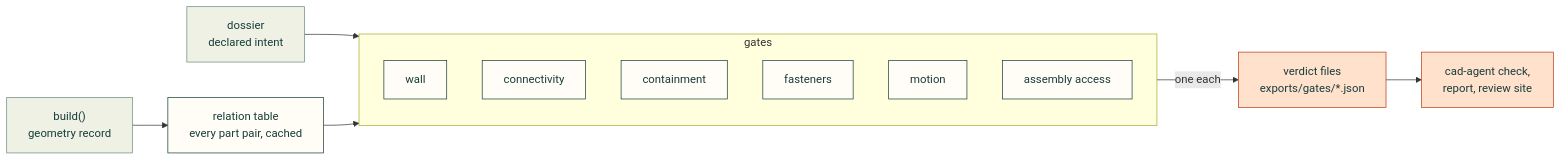
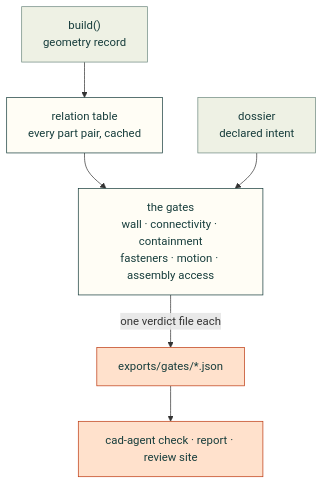
The diagram in docs/gates.md (Valpatel/cad-agent), drawn with Mermaid before and after one commit. The commit also changed 14 other files, not shown here.

First line of the commit message:
Docs diagrams: top-down so they fit the article column; chart shows the error's size from zero

````diff
--- a/docs/gates.md
+++ b/docs/gates.md
@@ -12,22 +12,14 @@
 ```mermaid
-flowchart LR
+flowchart TD
     B["build()<br/>geometry record"] --> T["relation table<br/>every part pair, cached"]
+    T --> G["the gates<br/>wall · connectivity · containment<br/>fasteners · motion · assembly access"]
     D["dossier<br/>declared intent"] --> G
-    T --> G
-    subgraph G["gates"]
-        W["wall"]
-        C["connectivity"]
-        K["containment"]
-        F["fasteners"]
-        M["motion"]
-        A["assembly access"]
-    end
-    G -->|"one each"| V["verdict files<br/>exports/gates/*.json"]
-    V --> S["cad-agent check,<br/>report, review site"]
+    G -->|"one verdict file each"| V["exports/gates/*.json"]
+    V --> S["cad-agent check · report · review site"]
     classDef here fill:#fffdf5,stroke:#173d3c,color:#173d3c
     classDef near fill:#eef1e4,stroke:#6f8a80,color:#173d3c
     classDef out fill:#ffe1cc,stroke:#bd3a12,color:#173d3c
-    class T,W,C,K,F,M,A here
+    class T,G here
     class B,D near
     class V,S out
 ```
````
